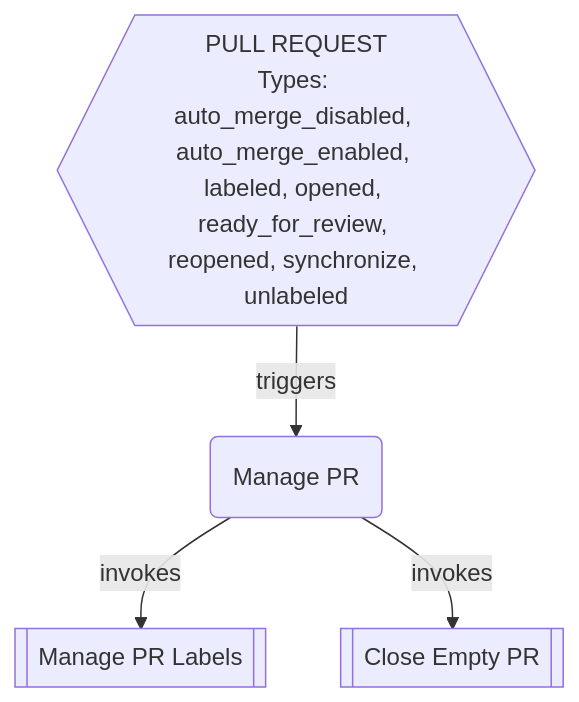
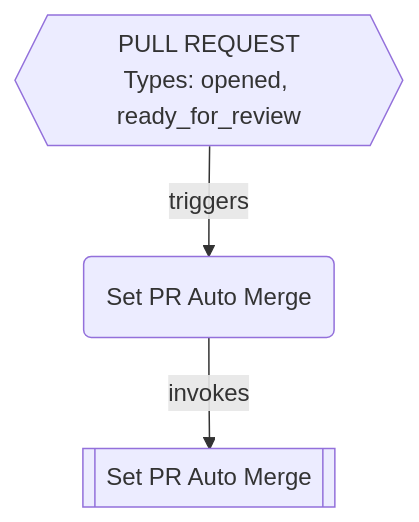
The fourth of 5 diagrams in README.md (worgarside/github-config-files), drawn with Mermaid before and after one commit. The commit also changed other lines of this file and 1 other file, not shown here.

````diff
--- a/README.md
+++ b/README.md
@@ -520,12 +468,10 @@
 ```mermaid
 flowchart TB
-EP-- triggers -->EO
-EO-- invokes -->AZ
-EO-- invokes -->BH
-AZ[["Manage PR Labels"]]
-BH[["Close Empty PR"]]
-EO("Manage PR")
-EP{{"PULL REQUEST
-Types: auto_merge_disabled, auto_merge_enabled, labeled, opened, ready_for_review, reopened, synchronize, unlabeled
+CJ-- triggers -->CI
+CI-- invokes -->BD
+BD[["Set PR Auto Merge"]]
+CI("Set PR Auto Merge")
+CJ{{"PULL REQUEST
+Types: opened, ready_for_review
 "}}
 ```
````
